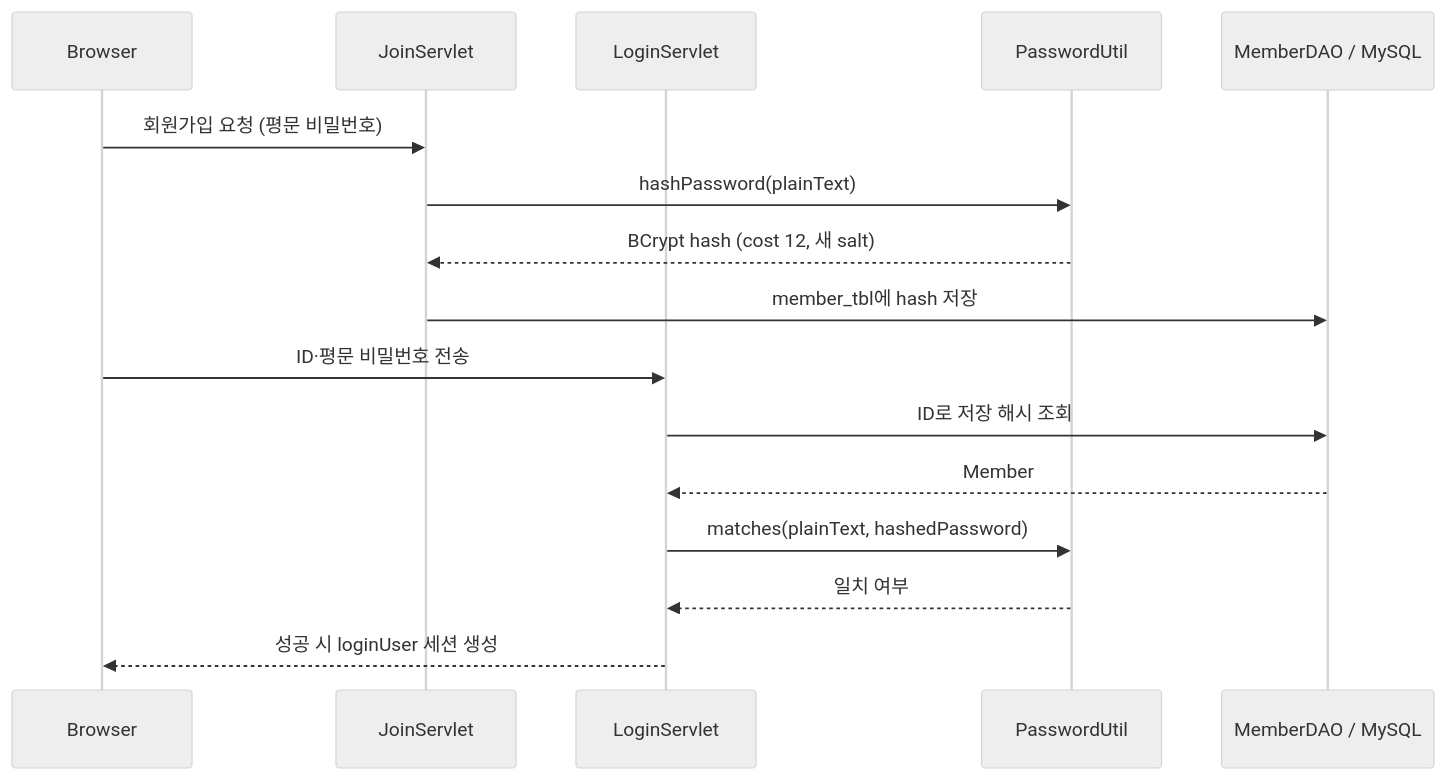
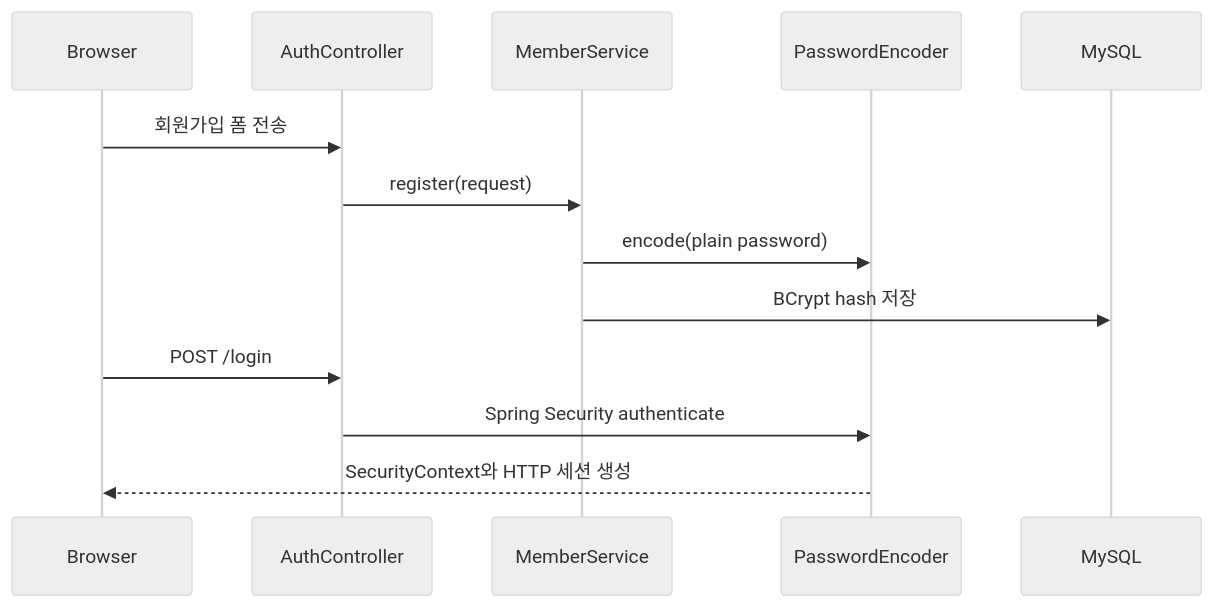
One commit to WJLee0417/LWJ_Backend changed the diagram in docs/authentication.md. Above: the diagram before and after it, drawn with Mermaid (neutral theme). The commit also changed other lines of this file and 6 other files, not shown here.

````diff
--- a/docs/authentication.md
+++ b/docs/authentication.md
@@ -5,19 +5,15 @@
 ```mermaid
 sequenceDiagram
     participant U as Browser
-    participant J as JoinServlet
-    participant L as LoginServlet
-    participant P as PasswordUtil
-    participant M as MemberDAO / MySQL
-    U->>J: 회원가입 요청 (평문 비밀번호)
-    J->>P: hashPassword(plainText)
-    P-->>J: BCrypt hash (cost 12, 새 salt)
-    J->>M: member_tbl에 hash 저장
-
-    U->>L: ID·평문 비밀번호 전송
-    L->>M: ID로 저장 해시 조회
-    M-->>L: Member
-    L->>P: matches(plainText, hashedPassword)
-    P-->>L: 일치 여부
-    L-->>U: 성공 시 loginUser 세션 생성
+    participant C as AuthController
+    participant M as MemberService
+    participant E as PasswordEncoder
+    participant DB as MySQL
+    U->>C: 회원가입 폼 전송
+    C->>M: register(request)
+    M->>E: encode(plain password)
+    M->>DB: BCrypt hash 저장
+    U->>C: POST /login
+    C->>E: Spring Security authenticate
+    E-->>U: SecurityContext와 HTTP 세션 생성
 ```
````
